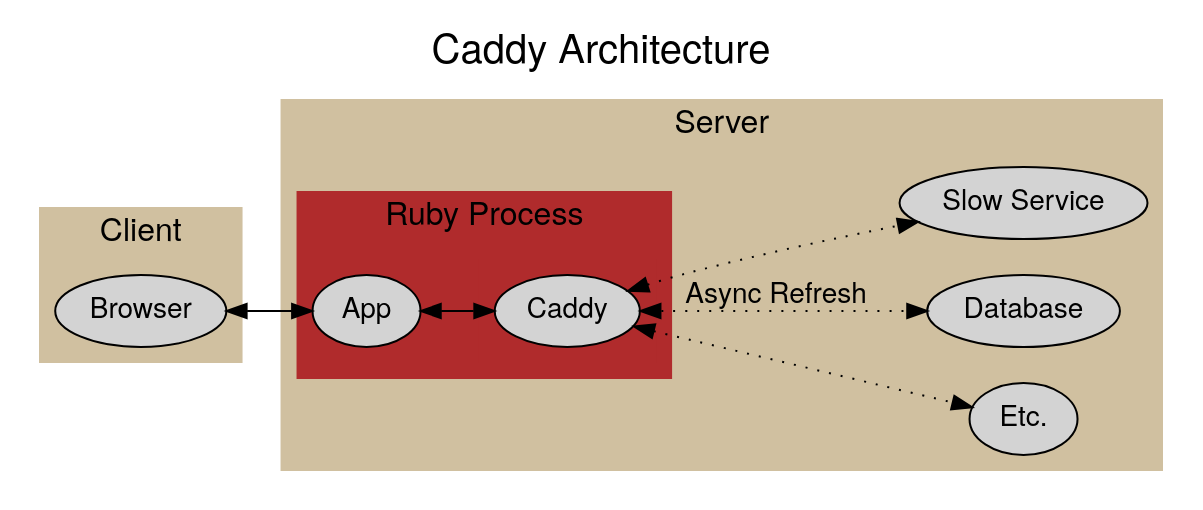
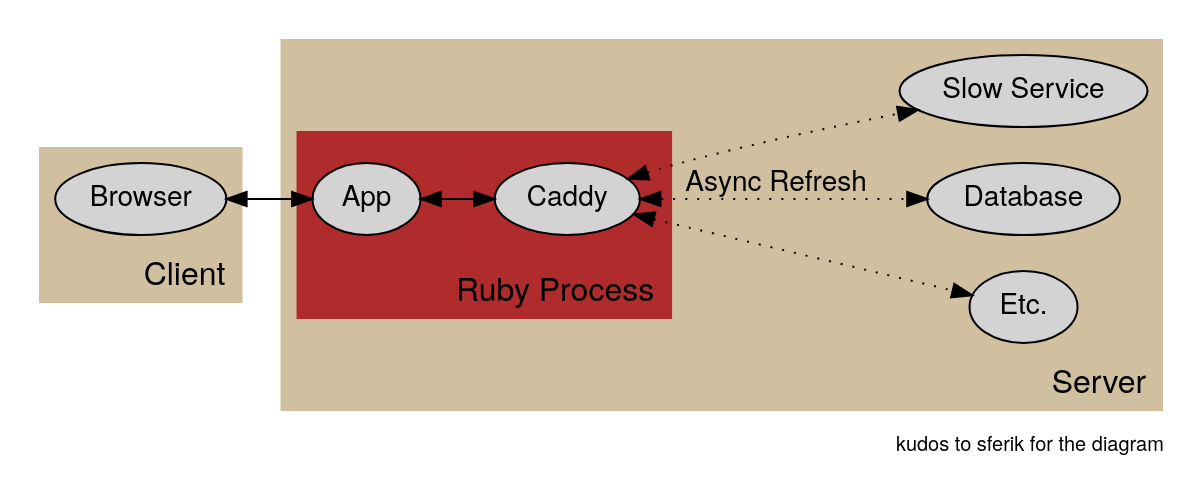
Before and after one commit to nickelser/caddy: the diagram in docs/architecture.dot, drawn with Graphviz. The commit also changed 2 other files, not shown here.

Commit message:
Add architectural diagram.

```diff
--- a/docs/architecture.dot
+++ b/docs/architecture.dot
@@ -1,39 +1,40 @@
 digraph G {
   label="Caddy Architecture"
   labelloc="top"
   fontsize=20
+  graph [label="kudos to sferik for the diagram", labelloc=b, labeljust=r, fontsize=10]
   fontname="Helvetica Neue"
   node [shape="ellipse", style="filled", fontname="Helvetica Neue"]
   edge [fontname="Helvetica Neue"]
   peripheries=0
   rankdir="LR"
   subgraph clusterClient {
     bgcolor="#d0c0a0"
     fontsize=16
     label="Client"
     Browser
   }
   subgraph clusterServer {
     bgcolor="#d0c0a0"
     fontsize=16
     label="Server"
     subgraph clusterApp {
       bgcolor="#b02b2c"
       label="Ruby Process"
       App
       subgraph clusterCaddy {
         bgcolor="#b02b2c"
         label=""
         Caddy
       }
     }
     "Etc."
     Database
     "Slow Service"
   }
   Browser -> App [dir="both"]
   App -> Caddy [dir="both"]
   Caddy -> Database [label="Async Refresh", style="dotted", dir="both"]
   Caddy -> "Slow Service" [style="dotted", dir="both"]
   Caddy -> "Etc." [style="dotted", dir="both"]
 }
```
